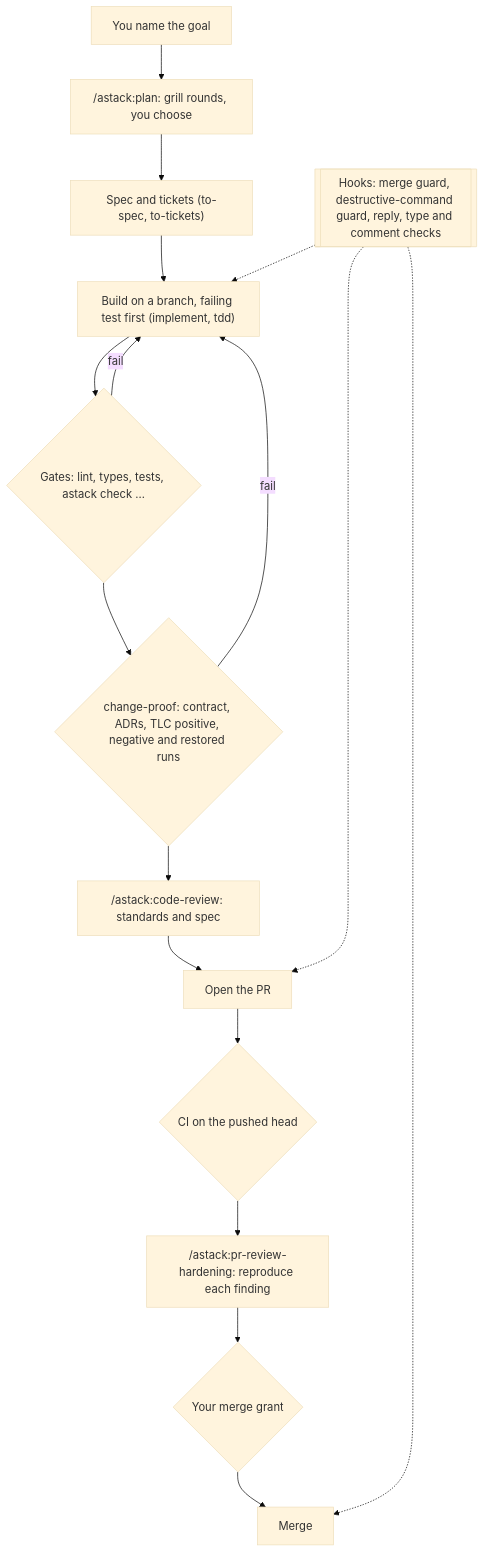
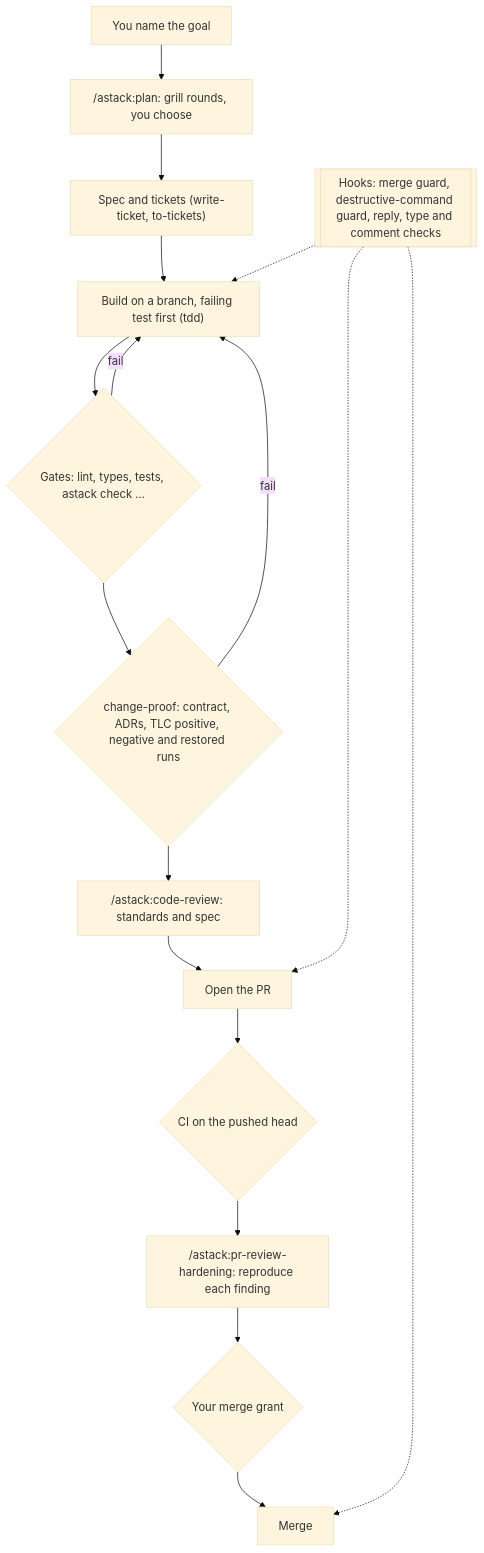
Before and after one commit to vahaah/astack: the diagram in docs/charts/checked-path.mmd, drawn with Mermaid (base theme). The commit also changed 306 other files, not shown here.

```diff
--- a/docs/charts/checked-path.mmd
+++ b/docs/charts/checked-path.mmd
@@ -1,17 +1,17 @@
 flowchart TD
   goal[You name the goal] --> plan["/astack:plan: grill rounds, you choose"]
-  plan --> spec["Spec and tickets (to-spec, to-tickets)"]
-  spec --> build["Build on a branch, failing test first (implement, tdd)"]
+  plan --> spec["Spec and tickets (write-ticket, to-tickets)"]
+  spec --> build["Build on a branch, failing test first (tdd)"]
   build --> gates{"Gates: lint, types, tests, astack check …"}
   gates -->|fail| build
   gates --> proof{"change-proof: contract, ADRs, TLC positive, negative and restored runs"}
   proof -->|fail| build
   proof --> review["/astack:code-review: standards and spec"]
   review --> pr[Open the PR]
   pr --> ci{CI on the pushed head}
   ci --> harden["/astack:pr-review-hardening: reproduce each finding"]
   harden --> grant{Your merge grant}
   grant --> merge[Merge]
   hooks[["Hooks: merge guard, destructive-command guard, reply, type and comment checks"]] -.-> build
   hooks -.-> pr
   hooks -.-> merge
```
